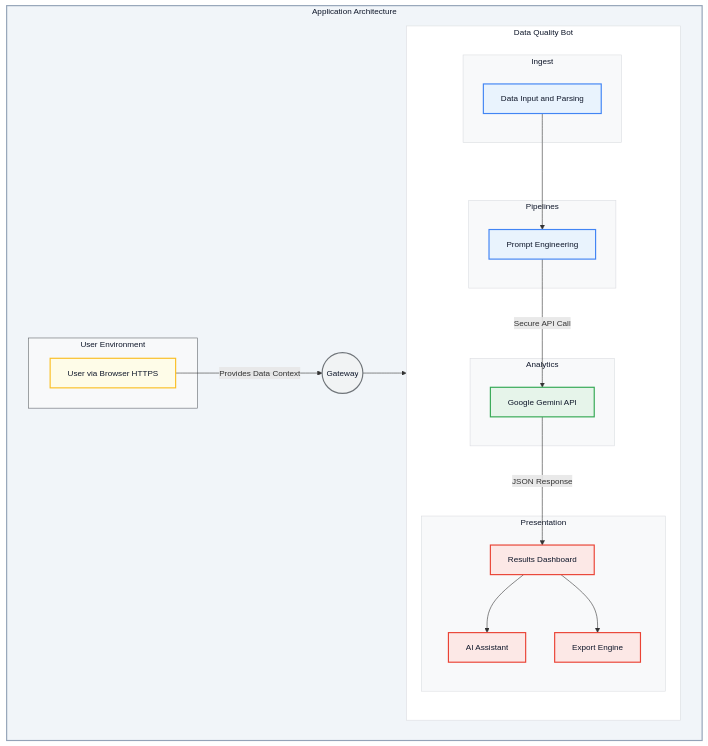
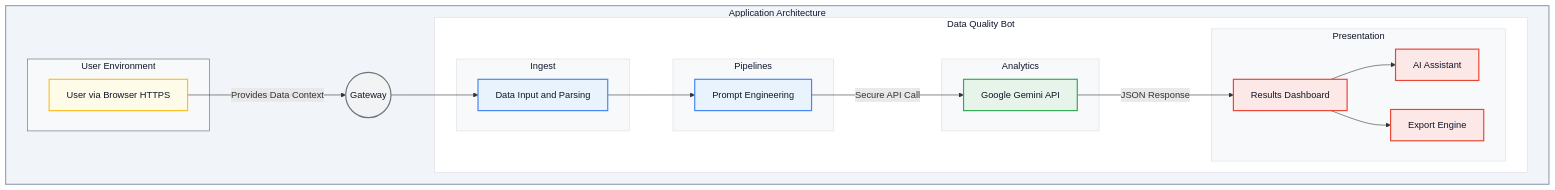
The first of 2 diagrams in README.md (chtsalvishal/DQ_Gen_AI_Bot), drawn with Mermaid before and after one commit. The commit also changed other lines of this file, not shown here.

Commit message:
docs: Update README with improved diagram styling
Adjusted font size in Mermaid diagrams within the README to enhance readability and visual presentation of the application architecture and user journey.

````diff
--- a/README.md
+++ b/README.md
@@ -20,54 +20,53 @@
 ```mermaid
-%%{init: { 'themeVariables': { 'fontSize': '14px', 'fontFamily': 'Inter' } }}%%
+%%{init: { 'themeVariables': { 'fontSize': '16px', 'fontFamily': 'Inter' } }}%%
 graph TD
     subgraph arch [Application Architecture]
         subgraph userenv [User Environment]
             A[User via Browser HTTPS]:::userNode
         end
 
         B((Gateway)):::gatewayNode
         
         A -- Provides Data Context --> B
 
         subgraph botlogic [Data Quality Bot]
-            direction TD
             subgraph ingest [Ingest]
                 C[Data Input and Parsing]:::processNode
             end
             subgraph pipelines [Pipelines]
                 D[Prompt Engineering]:::processNode
             end
             subgraph analytics [Analytics]
                 E[Google Gemini API]:::apiNode
             end
             subgraph presentation [Presentation]
                 F[Results Dashboard]:::outputNode
                 G[AI Assistant]:::outputNode
                 H[Export Engine]:::outputNode
             end
         end
 
         B --> C
         C --> D
         D -- Secure API Call --> E
         E -- JSON Response --> F
         F --> G
         F --> H
     end
     
     class arch container
 
     style userenv fill:#F8F9FA,stroke:#5F6368,color:#0f172a
     style botlogic fill:#FFFFFF,stroke:#DADCE0,color:#0f172a
     style ingest fill:#F8F9FA,stroke:#DADCE0,color:#0f172a
     style pipelines fill:#F8F9FA,stroke:#DADCE0,color:#0f172a
     style analytics fill:#F8F9FA,stroke:#DADCE0,color:#0f172a
     style presentation fill:#F8F9FA,stroke:#DADCE0,color:#0f172a
 
     classDef container fill:#f1f5f9,stroke:#94a3b8,stroke-width:2px,color:#0f172a
     classDef userNode fill:#FEFCE8,stroke:#FBBF24,stroke-width:2px,color:#0f172a
     classDef gatewayNode fill:#F1F3F4,stroke:#70757A,stroke-width:2px,color:#0f172a
     classDef processNode fill:#E9F3FD,stroke:#4285F4,stroke-width:2px,color:#0f172a
     classDef apiNode fill:#E6F4EA,stroke:#34A853,stroke-width:2px,color:#0f172a
     classDef outputNode fill:#FCE8E6,stroke:#EA4335,stroke-width:2px,color:#0f172a
 ```
````
